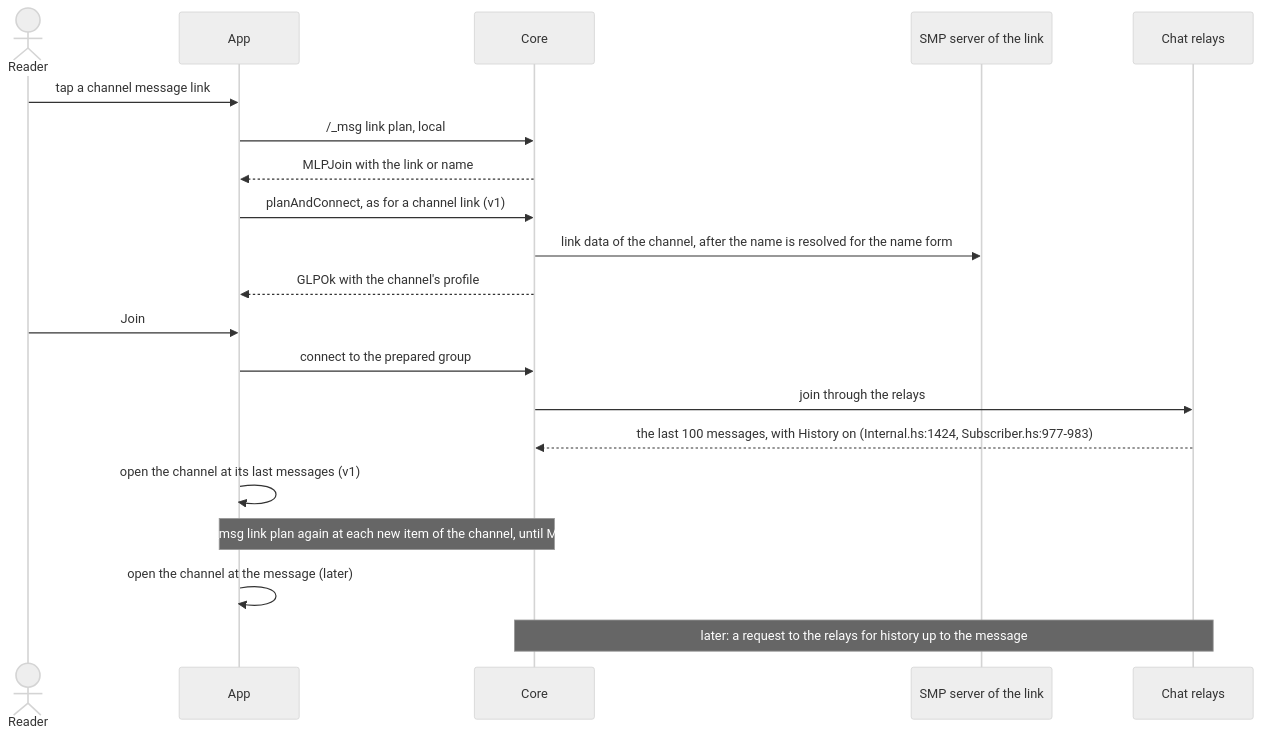
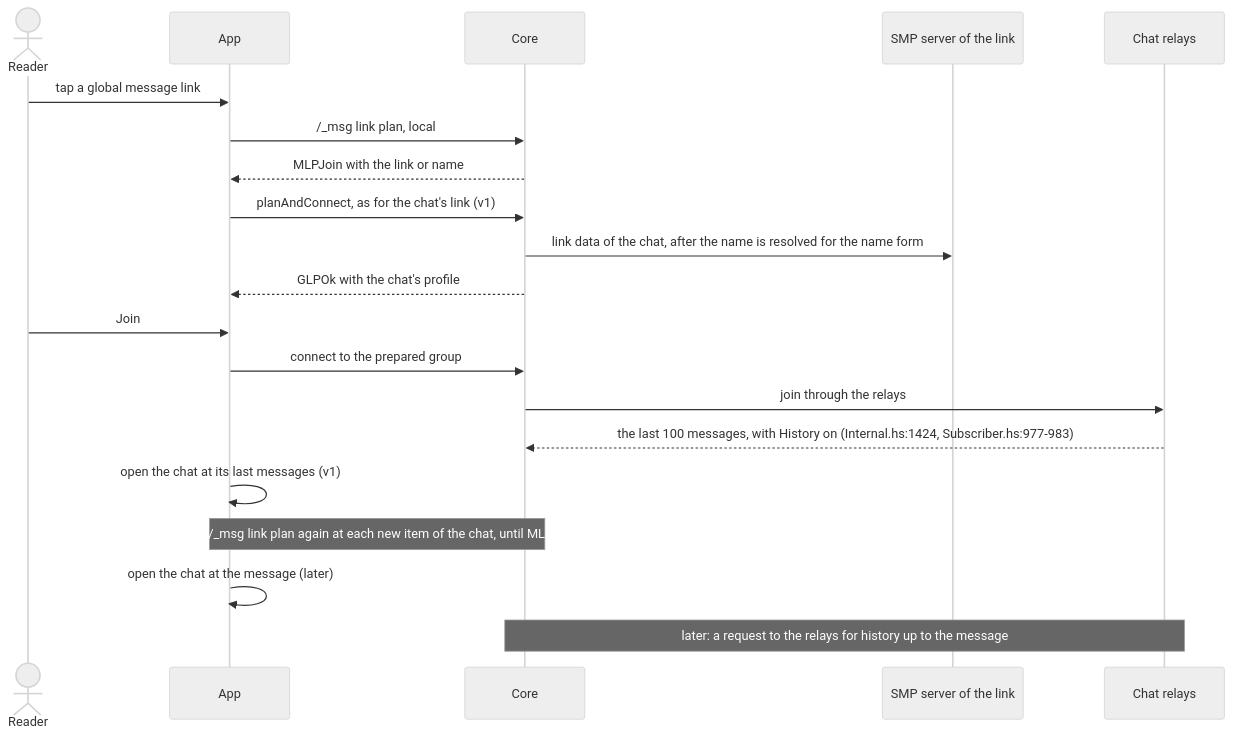
The second of 5 diagrams in plans/2026-11-22-message-references.md (evgeny-simplex/simplex-chat), drawn with Mermaid (neutral theme) before and after one commit. The commit also changed other lines of this file, not shown here.

Commit message:
core: plan simplex: message links, global for public chats

````diff
--- a/plans/2026-11-22-message-references.md
+++ b/plans/2026-11-22-message-references.md
@@ -192,22 +194,22 @@
 ```mermaid
 sequenceDiagram
   actor U as Reader
   participant A as App
   participant C as Core
   participant S as SMP server of the link
   participant R as Chat relays
-  U->>A: tap a channel message link
+  U->>A: tap a global message link
   A->>C: /_msg link plan, local
   C-->>A: MLPJoin with the link or name
-  A->>C: planAndConnect, as for a channel link (v1)
-  C->>S: link data of the channel, after the name is resolved for the name form
-  C-->>A: GLPOk with the channel's profile
+  A->>C: planAndConnect, as for the chat's link (v1)
+  C->>S: link data of the chat, after the name is resolved for the name form
+  C-->>A: GLPOk with the chat's profile
   U->>A: Join
   A->>C: connect to the prepared group
   C->>R: join through the relays
   R-->>C: the last 100 messages, with History on (Internal.hs:1424, Subscriber.hs:977-983)
-  A->>A: open the channel at its last messages (v1)
-  Note over A,C: later: /_msg link plan again at each new item of the channel, until MLPItem
-  A->>A: open the channel at the message (later)
+  A->>A: open the chat at its last messages (v1)
+  Note over A,C: later: /_msg link plan again at each new item of the chat, until MLPItem
+  A->>A: open the chat at the message (later)
   Note over C,R: later: a request to the relays for history up to the message
 ```
````
